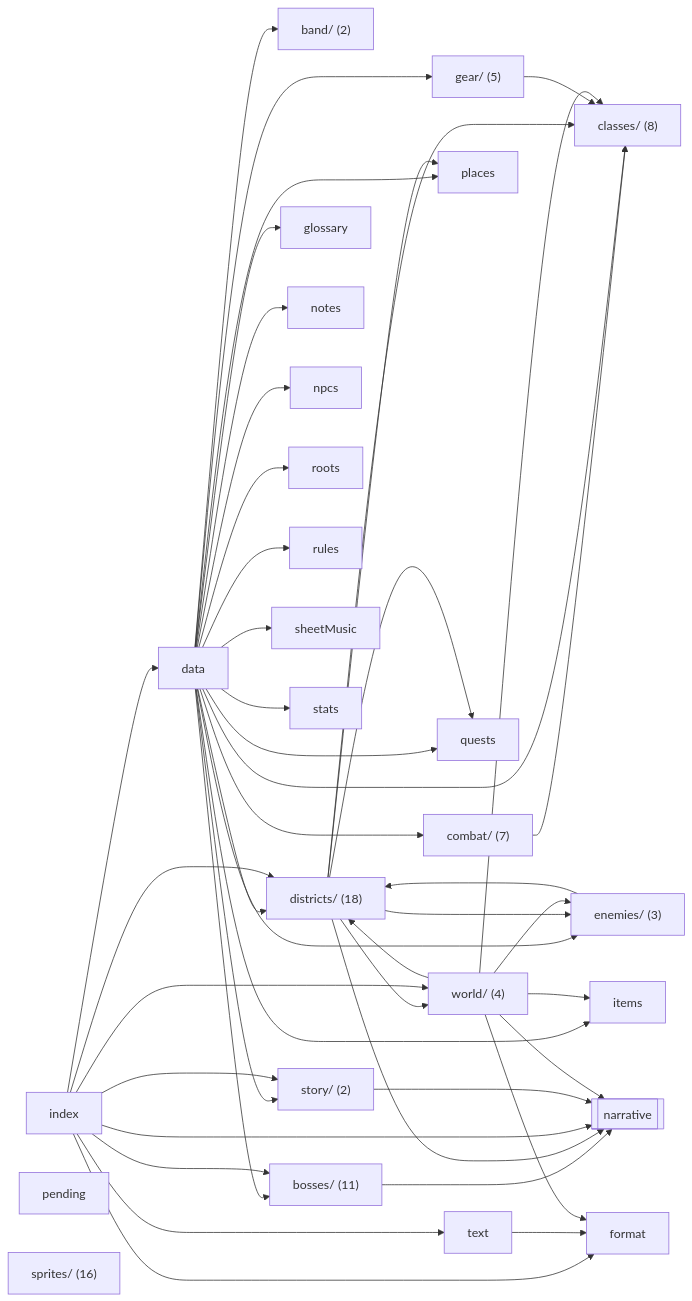
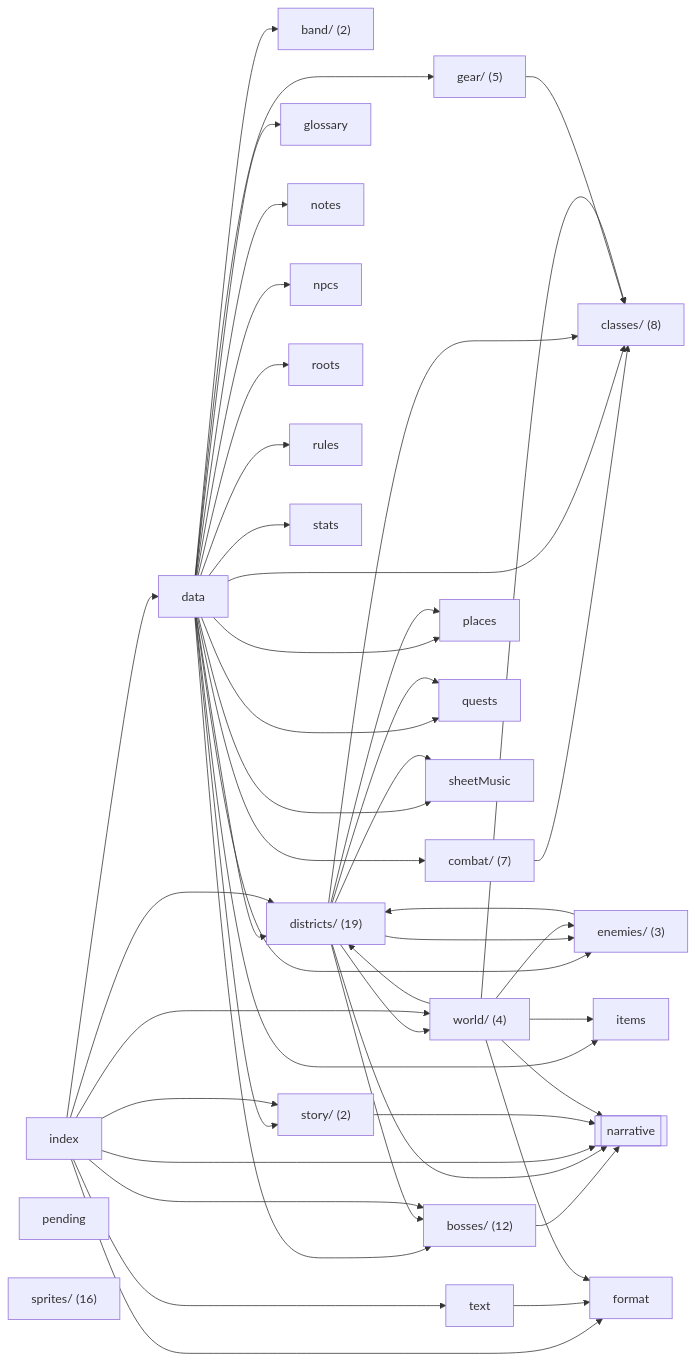
One commit to OrangeB0lt/Cyber-funk changed the diagram in docs/reference/code-map/content.md. Above: the diagram before and after it, drawn with Mermaid. The commit also changed other lines of this file and 13 other files, not shown here.

````diff
--- a/docs/reference/code-map/content.md
+++ b/docs/reference/code-map/content.md
@@ -11,73 +11,75 @@
 ```mermaid
 flowchart LR
   n_band_["band/ (2)"]
-  n_bosses_["bosses/ (11)"]
+  n_bosses_["bosses/ (12)"]
   n_classes_["classes/ (8)"]
   n_combat_["combat/ (7)"]
   n_data["data"]
-  n_districts_["districts/ (18)"]
+  n_districts_["districts/ (19)"]
   n_enemies_["enemies/ (3)"]
   n_format["format"]
   n_gear_["gear/ (5)"]
   n_glossary["glossary"]
   n_index["index"]
   n_items["items"]
   n_notes["notes"]
   n_npcs["npcs"]
   n_pending["pending"]
   n_places["places"]
   n_quests["quests"]
   n_roots["roots"]
   n_rules["rules"]
   n_sheetMusic["sheetMusic"]
   n_sprites_["sprites/ (16)"]
   n_stats["stats"]
   n_story_["story/ (2)"]
   n_text["text"]
   n_world_["world/ (4)"]
   n_ext_narrative[["narrative"]]
   n_bosses_ --> n_ext_narrative
   n_combat_ --> n_classes_
   n_data --> n_band_
   n_data --> n_bosses_
   n_data --> n_classes_
   n_data --> n_combat_
   n_data --> n_districts_
   n_data --> n_enemies_
   n_data --> n_gear_
   n_data --> n_glossary
   n_data --> n_items
   n_data --> n_notes
   n_data --> n_npcs
   n_data --> n_places
   n_data --> n_quests
   n_data --> n_roots
   n_data --> n_rules
   n_data --> n_sheetMusic
   n_data --> n_stats
   n_data --> n_story_
+  n_districts_ --> n_bosses_
   n_districts_ --> n_classes_
   n_districts_ --> n_enemies_
   n_districts_ --> n_ext_narrative
   n_districts_ --> n_places
   n_districts_ --> n_quests
+  n_districts_ --> n_sheetMusic
   n_districts_ --> n_world_
   n_enemies_ --> n_districts_
   n_gear_ --> n_classes_
   n_index --> n_bosses_
   n_index --> n_data
   n_index --> n_districts_
   n_index --> n_ext_narrative
   n_index --> n_format
   n_index --> n_story_
   n_index --> n_text
   n_index --> n_world_
   n_story_ --> n_ext_narrative
   n_text --> n_format
   n_world_ --> n_classes_
   n_world_ --> n_districts_
   n_world_ --> n_enemies_
   n_world_ --> n_ext_narrative
   n_world_ --> n_format
   n_world_ --> n_items
 ```
````
